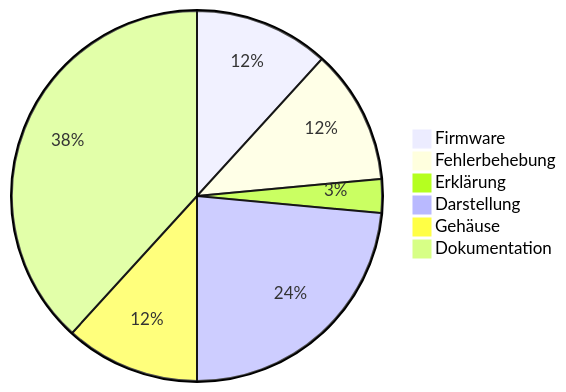
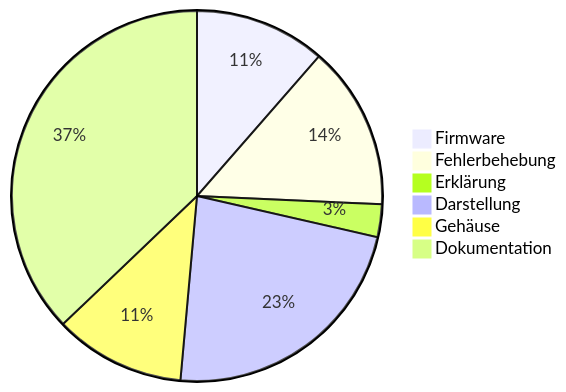
Before and after one commit to BBZ-AIFS51/LF7-Projekt_GAS: the third of 3 diagrams in wiki/Entwicklungsverlauf.md, drawn with Mermaid. The commit also changed other lines of this file and 6 other files, not shown here.

````diff
--- a/wiki/Entwicklungsverlauf.md
+++ b/wiki/Entwicklungsverlauf.md
@@ -165,9 +168,9 @@
 ```mermaid
 pie
     "Firmware" : 4
-    "Fehlerbehebung" : 4
+    "Fehlerbehebung" : 5
     "Erklärung" : 1
     "Darstellung" : 8
     "Gehäuse" : 4
     "Dokumentation" : 13
 ```
````
